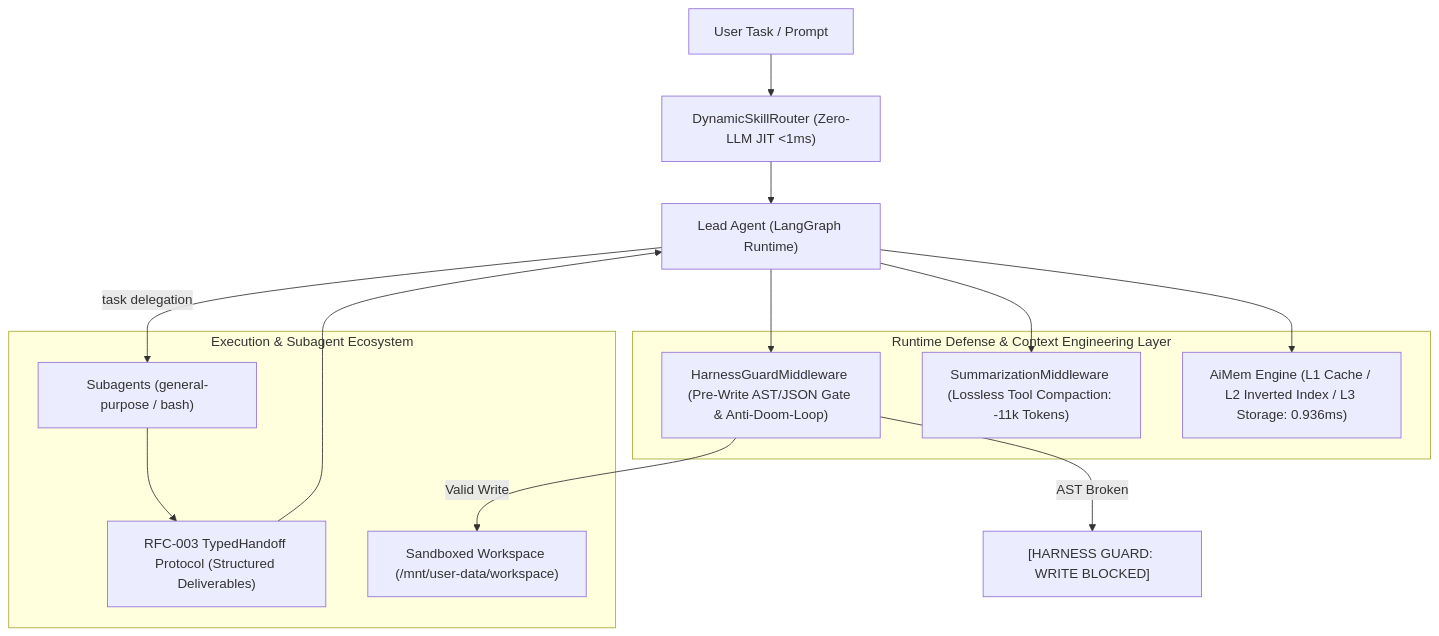
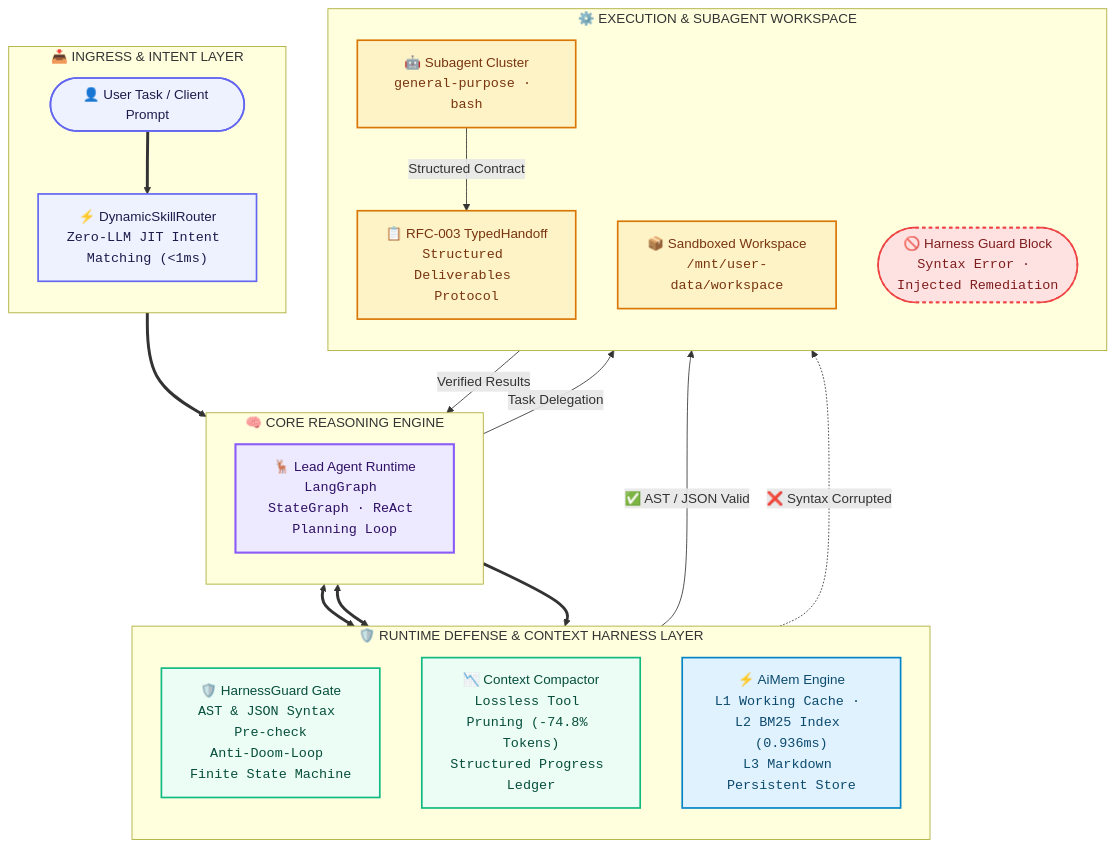
The diagram in README.md (Yakyou7/DeerFlow-Resilient), drawn with Mermaid before and after one commit. The commit also changed other lines of this file and 1 other file, not shown here.

Commit message:
docs: modernize architecture diagram with styled Mermaid layout and update clone repo URLs

````diff
--- a/README.md
+++ b/README.md
@@ -34,26 +34,55 @@
 ```mermaid
-flowchart TD
-    User["User Task / Prompt"] --> Router["DynamicSkillRouter (Zero-LLM JIT <1ms)"]
-    Router --> Lead["Lead Agent (LangGraph Runtime)"]
+flowchart TB
+    %% Ingress & Intent
+    subgraph INGRESS [" 📥 INGRESS & INTENT LAYER "]
+        direction TB
+        User(["👤 User Task / Client Prompt"]):::ingressNode
+        Router["⚡ DynamicSkillRouter<br/><code>Zero-LLM JIT Intent Matching (&lt;1ms)</code>"]:::ingressNode
+    end
+
+    %% Core Agent
+    subgraph ORCHESTRATION [" 🧠 CORE REASONING ENGINE "]
+        direction TB
+        Lead["🦌 Lead Agent Runtime<br/><code>LangGraph StateGraph &middot; ReAct Planning Loop</code>"]:::coreNode
+    end
+
+    %% Reliability & Harness Layer
+    subgraph RELIABILITY [" 🛡️ RUNTIME DEFENSE & CONTEXT HARNESS LAYER "]
+        direction TB
+        Guard["🛡️ HarnessGuard Gate<br/><code>AST &amp; JSON Syntax Pre-check</code><br/><code>Anti-Doom-Loop Finite State Machine</code>"]:::defenseNode
+        Summarizer["📉 Context Compactor<br/><code>Lossless Tool Pruning (-74.8% Tokens)</code><br/><code>Structured Progress Ledger</code>"]:::defenseNode
+        Memory["⚡ AiMem Engine<br/><code>L1 Working Cache &middot; L2 BM25 Index (0.936ms)</code><br/><code>L3 Markdown Persistent Store</code>"]:::memoryNode
+    end
+
+    %% Execution & Sandboxing
+    subgraph EXECUTION [" ⚙️ EXECUTION & SUBAGENT WORKSPACE "]
+        direction TB
+        Subagent["🤖 Subagent Cluster<br/><code>general-purpose &middot; bash</code>"]:::execNode
+        Handoff["📋 RFC-003 TypedHandoff<br/><code>Structured Deliverables Protocol</code>"]:::execNode
+        Sandbox["📦 Sandboxed Workspace<br/><code>/mnt/user-data/workspace</code>"]:::execNode
+        Blocked(["🚫 Harness Guard Block<br/><code>Syntax Error &middot; Injected Remediation</code>"]):::blockedNode
+    end
+
+    %% Inter-layer Connections
+    User ==> Router
+    Router ==> Lead
     
-    subgraph Reliability["Runtime Defense & Context Engineering Layer"]
-        Guard["HarnessGuardMiddleware (Pre-Write AST/JSON Gate & Anti-Doom-Loop)"]
-        Summarizer["SummarizationMiddleware (Lossless Tool Compaction: -11k Tokens)"]
-        Memory["AiMem Engine (L1 Cache / L2 Inverted Index / L3 Storage: 0.936ms)"]
-    end
+    Lead <==> Summarizer
+    Lead <==> Memory
+    Lead ==> Guard
     
-    Lead --> Guard
-    Lead --> Summarizer
-    Lead --> Memory
+    Guard -->|"✅ AST / JSON Valid"| Sandbox
+    Guard -.->|"❌ Syntax Corrupted"| Blocked
     
-    subgraph Execution["Execution & Subagent Ecosystem"]
-        Subagent["Subagents (general-purpose / bash)"]
-        Handoff["RFC-003 TypedHandoff Protocol (Structured Deliverables)"]
-        Sandbox["Sandboxed Workspace (/mnt/user-data/workspace)"]
-    end
-    
-    Guard -->|Valid Write| Sandbox
-    Guard -->|AST Broken| ShortCircuit["[HARNESS GUARD: WRITE BLOCKED]"]
-    Lead -->|task delegation| Subagent
-    Subagent --> Handoff --> Lead
+    Lead -->|"Task Delegation"| Subagent
+    Subagent -->|"Structured Contract"| Handoff
+    Handoff -->|"Verified Results"| Lead
+
+    %% Visual Styling
+    classDef ingressNode fill:#EEF2FF,stroke:#6366F1,stroke-width:2px,color:#1E1B4B;
+    classDef coreNode fill:#EDE9FE,stroke:#8B5CF6,stroke-width:2.5px,color:#2E1065;
+    classDef defenseNode fill:#ECFDF5,stroke:#10B981,stroke-width:2px,color:#064E3B;
+    classDef memoryNode fill:#E0F2FE,stroke:#0284C7,stroke-width:2px,color:#0C4A6E;
+    classDef execNode fill:#FEF3C7,stroke:#D97706,stroke-width:2px,color:#78350F;
+    classDef blockedNode fill:#FEE2E2,stroke:#EF4444,stroke-width:2px,color:#7F1D1D,stroke-dasharray: 4 4;
 ```
````
